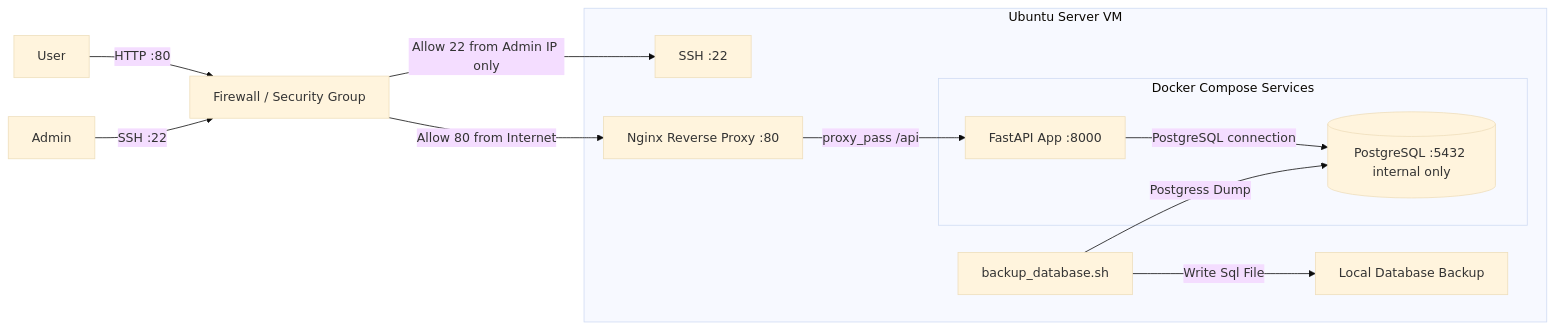
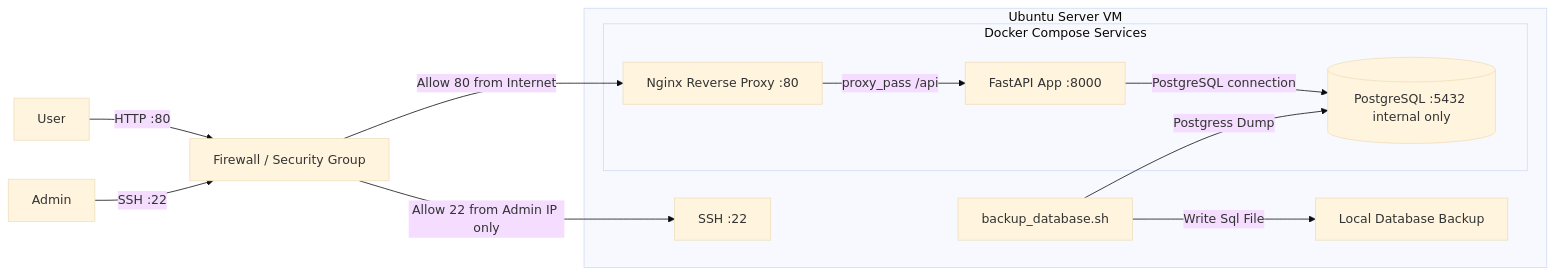
The first of 2 diagrams in docs/architecture.md (BrianGelhorn/InfraLabSingleVM), drawn with Mermaid (base theme) before and after one commit. The commit also changed other lines of this file, not shown here.

Commit message:
Added Database backup component documentation and moved the Nginx Reverse Proxy inside the Docker Compose mermaid diagram

````diff
--- a/docs/architecture.md
+++ b/docs/architecture.md
@@ -3,29 +3,29 @@
 ```mermaid
 flowchart LR
     Admin[Admin]
     User[User]
 
     FW[Firewall / Security Group]
 
     subgraph VM[Ubuntu Server VM]
         SSH[SSH :22]
-        Nginx[Nginx Reverse Proxy :80]
         subgraph Compose[Docker Compose Services]
+            Nginx[Nginx Reverse Proxy :80]
             App[FastAPI App :8000]
             DB[(PostgreSQL :5432 internal only)]
         end
         DbBackup[backup_database.sh]
         LocalDbBackup[Local Database Backup]
     end
 
     User -->|HTTP :80| FW
     Admin -->|SSH :22| FW
 
     FW -->|Allow 80 from Internet| Nginx
     FW -->|Allow 22 from Admin IP only| SSH
 
     Nginx -->|proxy_pass /api| App
     App -->|PostgreSQL connection| DB
     DbBackup -->|Postgress Dump| DB
     DbBackup -->|Write Sql File| LocalDbBackup
 ```
````
